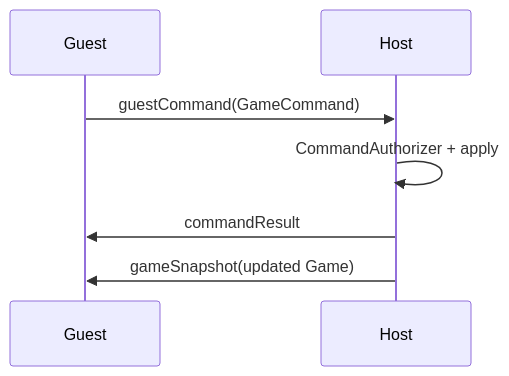
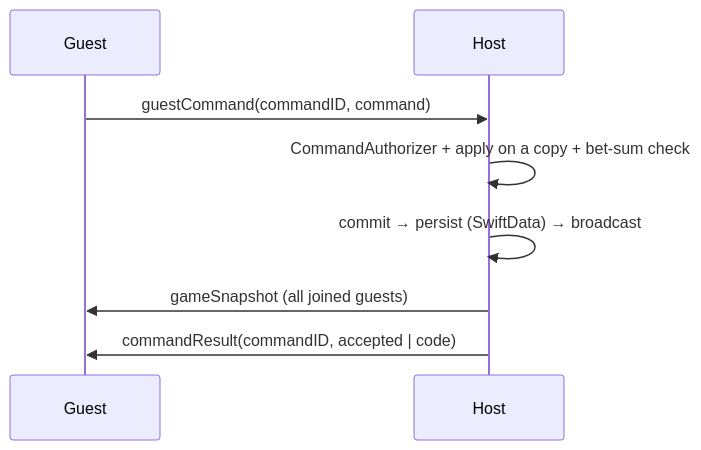
Before and after one commit to EliasSteffen/Wizard-Block-Of-Truth: the second of 2 diagrams in .cursor/skills/wizard-multiplayer/reference.md, drawn with Mermaid. The commit also changed other lines of this file and 3 other files, not shown here.

````diff
--- a/.cursor/skills/wizard-multiplayer/reference.md
+++ b/.cursor/skills/wizard-multiplayer/reference.md
@@ -25,9 +71,10 @@
 ```mermaid
 sequenceDiagram
   participant Guest
   participant Host
-  Guest->>Host: guestCommand(GameCommand)
-  Host->>Host: CommandAuthorizer + apply
-  Host->>Guest: commandResult
-  Host->>Guest: gameSnapshot(updated Game)
+  Guest->>Host: guestCommand(commandID, command)
+  Host->>Host: CommandAuthorizer + apply on a copy + bet-sum check
+  Host->>Host: commit → persist (SwiftData) → broadcast
+  Host->>Guest: gameSnapshot (all joined guests)
+  Host->>Guest: commandResult(commandID, accepted | code)
 ```
````
